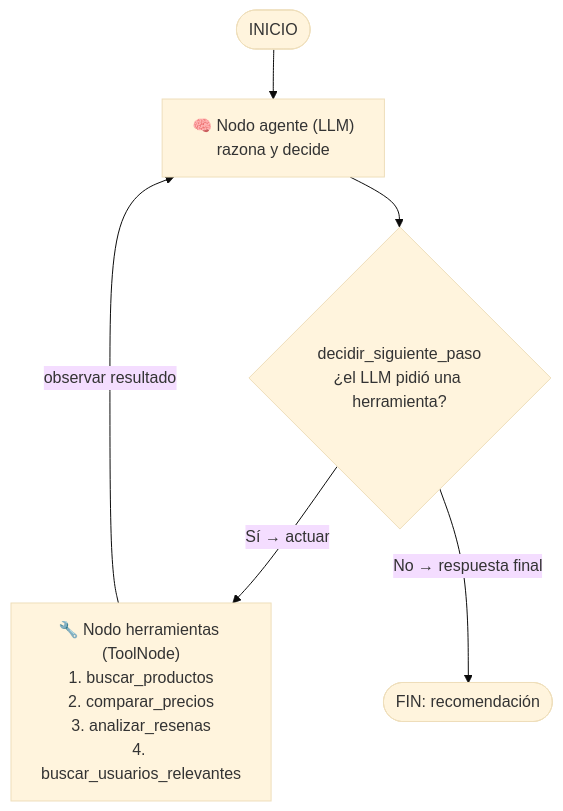
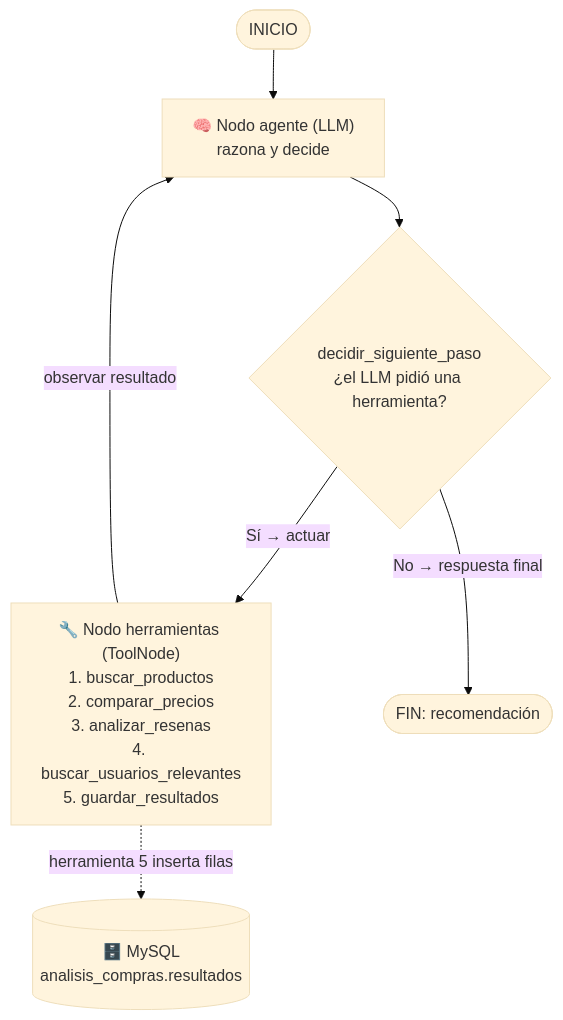
The first of 2 diagrams in docs/ARQUITECTURA.md (gabriela-rebollar/agente-compras-inteligentes), drawn with Mermaid (base theme) before and after one commit. The commit also changed other lines of this file and 13 other files, not shown here.

````diff
--- a/docs/ARQUITECTURA.md
+++ b/docs/ARQUITECTURA.md
@@ -21,8 +22,9 @@
 ```mermaid
 flowchart TD
     INICIO([INICIO]) --> AGENTE
     AGENTE["🧠 Nodo agente (LLM)<br/>razona y decide"] --> COND{"decidir_siguiente_paso<br/>¿el LLM pidió una herramienta?"}
-    COND -- "Sí → actuar" --> HERR["🔧 Nodo herramientas (ToolNode)<br/>1. buscar_productos<br/>2. comparar_precios<br/>3. analizar_resenas<br/>4. buscar_usuarios_relevantes"]
+    COND -- "Sí → actuar" --> HERR["🔧 Nodo herramientas (ToolNode)<br/>1. buscar_productos<br/>2. comparar_precios<br/>3. analizar_resenas<br/>4. buscar_usuarios_relevantes<br/>5. guardar_resultados"]
     HERR -- "observar resultado" --> AGENTE
     COND -- "No → respuesta final" --> FIN([FIN: recomendación])
+    HERR -. "herramienta 5 inserta filas" .-> BD[("🗄️ MySQL<br/>analisis_compras.resultados")]
 ```
````
